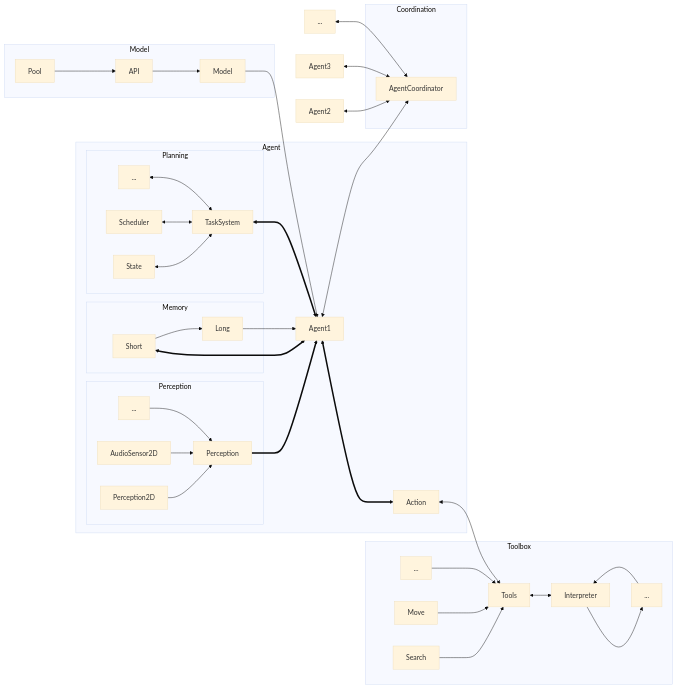
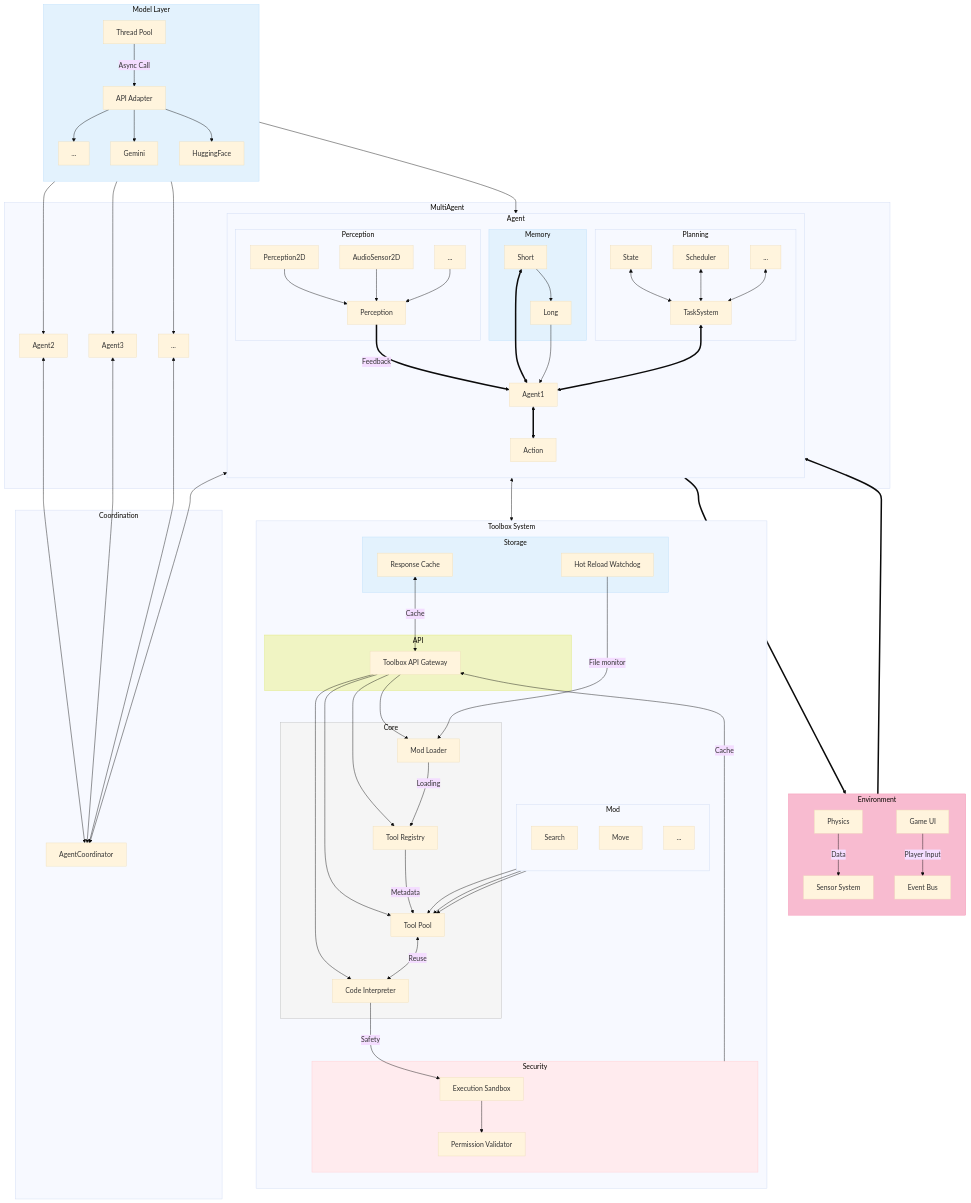
The diagram in addons/AIdot/Res/Note.md (SleeeepyZhou/AIdot), drawn with Mermaid (base theme) before and after one commit. The commit also changed 1 other file, not shown here.

Commit message:
Framework planning

````diff
--- a/addons/AIdot/Res/Note.md
+++ b/addons/AIdot/Res/Note.md
@@ -60,55 +60,114 @@
 ```mermaid
-flowchart LR
-	subgraph Model
-		M[Model]
-		L1[API] --> M
-		L2[Pool] --> L1
-	end
-	subgraph Toolbox
-		T0[Tools]
-		T1[Search]
-		T2[Move]
-		T3[...]
-		T1 --> T0
-		T2 --> T0
-		T3 --> T0
-		T4[...] --> t
-	end
-	subgraph Agent
-		A[Agent1]
-		T[Action]
-		t[Interpreter]
-		T <--> T0
-		T0 <--> t
-		t --> T4
-		subgraph Perception
-			P[Perception]
-			P1[Perception2D] --> P
-			P2[AudioSensor2D] --> P
-			P3[...] --> P
-		end
-		subgraph Memory
-			M1[Short] --> M2[Long]
-		end
-		subgraph Planning
-			S[TaskSystem]
-			S1[State] <--> S
-			S2[Scheduler] <--> S
-			S3[...] <--> S
-		end
-		A <==> T
-		P ==> A
-		M1 <==> A
-		M2 --> A
-		S <==> A
-	end
+flowchart TB
+    classDef model fill:#E3F2FD,stroke:#BBDEFB;
+    classDef env fill:#F8BBD0,stroke:#F48FB1;
 
+    subgraph ENV[Environment]
+        direction TB
+        PHYS[Physics] -->|Data| SENSOR[Sensor System]
+        UI[Game UI] -->|Player Input| EVENT[Event Bus]
+    end
+    ENV[Game World] ==> Perception
+    T ==> ENV
+	subgraph M[Model Layer]
+        direction TB
+        MADAPTER[API Adapter] --> MAPI1[...]
+        MADAPTER --> MAPI2[Gemini]
+        MADAPTER --> MAPI3[HuggingFace]
+        MTHREAD[Thread Pool] -->|Async Call| MADAPTER
+    end
+
+    subgraph Toolbox[Toolbox System]
+        direction TB
+        subgraph Interface[API]
+            API[Toolbox API Gateway]
+        end
+        subgraph Core
+            Loader[Mod Loader]
+            Registry[Tool Registry]
+            Pool[Tool Pool]
+            Interpreter[Code Interpreter]
+        end
+        subgraph Mod
+            direction TB
+            T1[Search] --> Pool
+            T2[Move] --> Pool
+            T3[...] --> Pool
+        end
+        subgraph Security
+            Sandbox[Execution Sandbox]
+            Auth[Permission Validator]
+        end
+        subgraph Storage
+            Cache[Response Cache]
+            Hotfix[Hot Reload Watchdog]
+        end
+
+        API --> Loader
+        API --> Registry
+        API --> Pool
+        API --> Interpreter
+        Loader -->|Loading| Registry
+        Registry -->|Metadata| Pool
+        Interpreter -->|Safety| Sandbox
+        Sandbox --> Auth
+        Pool <-->|Reuse| Interpreter
+        Hotfix -->|File monitor| Loader
+        Cache <-->|Cache| API
+        Security -->|Cache| API
+    end
+        classDef core fill:#F5F5F5,stroke:#BDBDBD;
+        classDef security fill:#FFEBEE,stroke:#FFCDD2;
+        classDef storage fill:#E3F2FD,stroke:#BBDEFB;
+        classDef interface fill:#F0F4C3,stroke:#DCE775;
+        class Interface interface
+        class Core core
+        class Security security
+        class Storage storage
+
+    subgraph MultiAgent
+        subgraph Agent
+            direction TB
+            T[Action]
+            A[Agent1]
+            T <--> API
+            subgraph Perception
+                P[Perception]
+                P1[Perception2D] --> P
+                P2[AudioSensor2D] --> P
+                P3[...] --> P
+            end
+            subgraph MEM[Memory]
+                M1[Short] --> M2[Long]
+            end
+            subgraph Planning
+                S[TaskSystem]
+                S1[State] <--> S
+                S2[Scheduler] <--> S
+                S3[...] <--> S
+            end
+            A <==> T
+            P ==>|Feedback| A
+            M1 <==> A
+            M2 --> A
+            S <==> A
+        end
+        A1[Agent2]
+        A2[Agent3]
+        A3[...]
+    end
 	subgraph Coordination
 		C[AgentCoordinator]
+        A1 <--> C
+        A2 <--> C
+        A3 <--> C
 	end
 	M --> A
+    M --> A1
+    M --> A2
+    M --> A3
 	A <--> C
-	A1[Agent2] <--> C
-	A2[Agent3] <--> C
-	A3[...] <--> C
+
+    class ENV env
+    class MEM,M model
 ```
````
